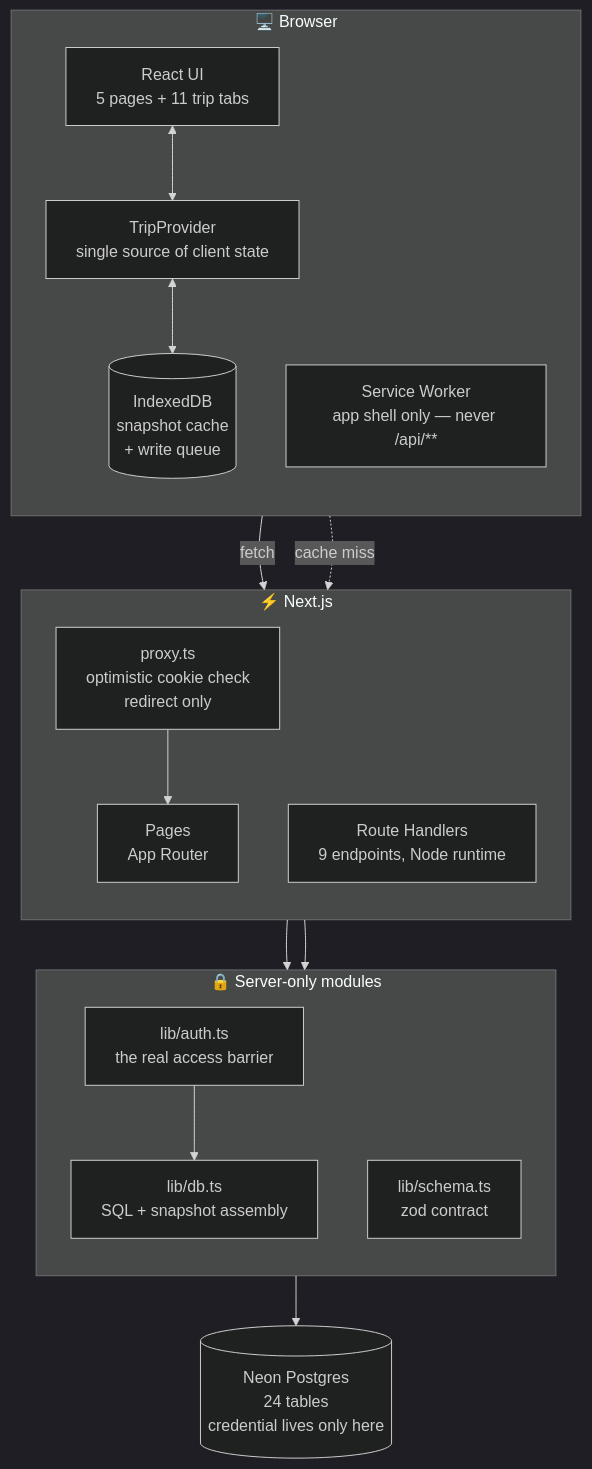
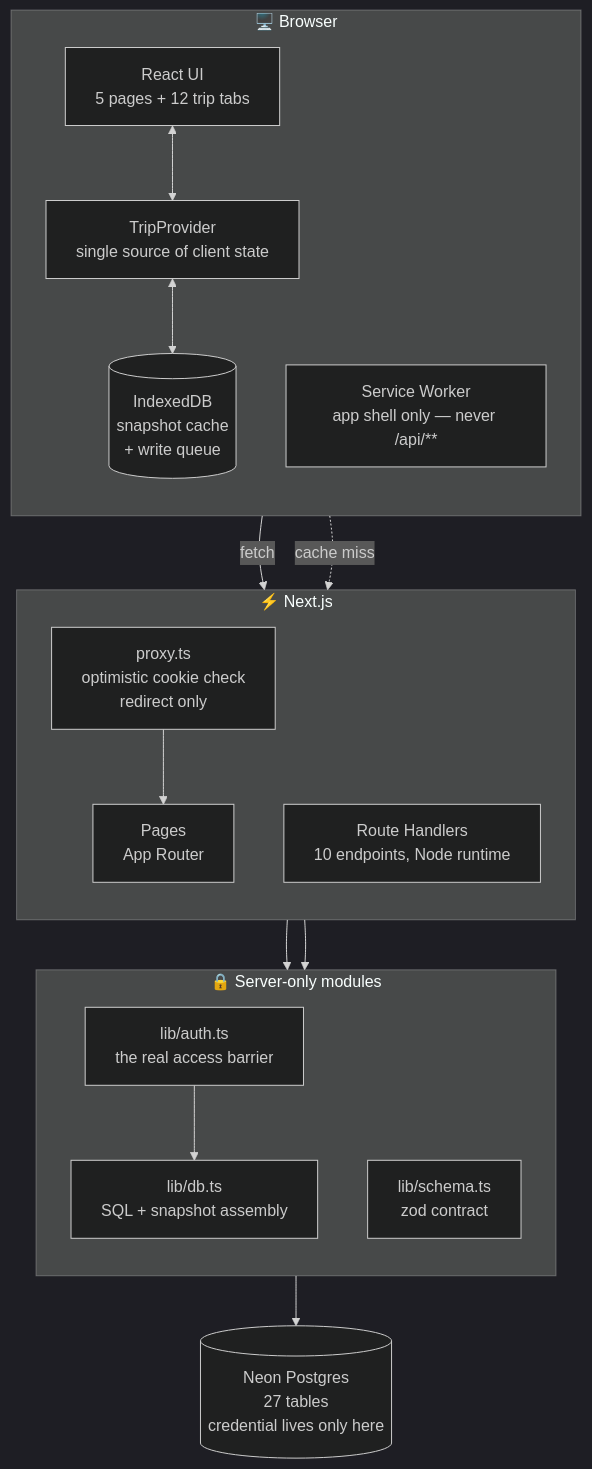
One commit to almeidaleo1995/trip-go changed the first of 14 diagrams in README.md. Above: the diagram before and after it, drawn with Mermaid (dark theme). The commit also changed other lines of this file and 33 other files, not shown here.

````diff
--- a/README.md
+++ b/README.md
@@ -54,34 +55,34 @@
 ```mermaid
 flowchart TB
     subgraph BROWSER["🖥️ Browser"]
         direction TB
-        UI["React UI<br/>5 pages + 11 trip tabs"]
+        UI["React UI<br/>5 pages + 12 trip tabs"]
         TP["TripProvider<br/>single source of client state"]
         IDB[("IndexedDB<br/>snapshot cache<br/>+ write queue")]
         SW["Service Worker<br/>app shell only — never /api/**"]
         UI <--> TP
         TP <--> IDB
     end
 
     subgraph EDGE["⚡ Next.js"]
         direction TB
         PROXY["proxy.ts<br/>optimistic cookie check<br/>redirect only"]
         RSC["Pages<br/>App Router"]
-        API["Route Handlers<br/>9 endpoints, Node runtime"]
+        API["Route Handlers<br/>10 endpoints, Node runtime"]
     end
 
     subgraph SERVER["🔒 Server-only modules"]
         direction TB
         AUTH["lib/auth.ts<br/>the real access barrier"]
         SCHEMA["lib/schema.ts<br/>zod contract"]
         DB["lib/db.ts<br/>SQL + snapshot assembly"]
     end
 
-    NEON[("Neon Postgres<br/>24 tables<br/>credential lives only here")]
+    NEON[("Neon Postgres<br/>27 tables<br/>credential lives only here")]
 
     TP -->|"fetch"| API
     SW -.->|"cache miss"| RSC
     PROXY --> RSC
     API --> AUTH --> DB --> NEON
     API --> SCHEMA
 ```
````
